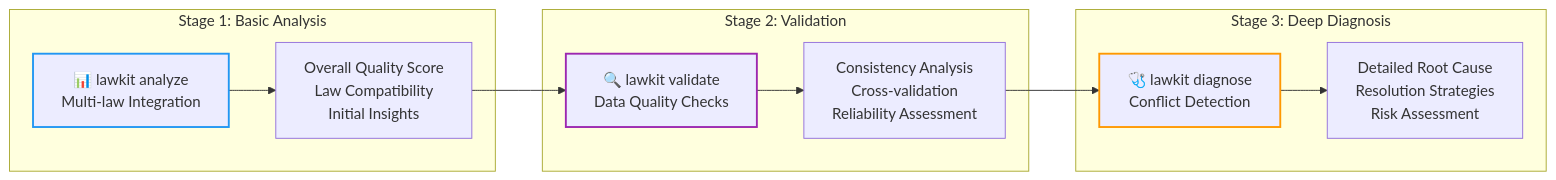
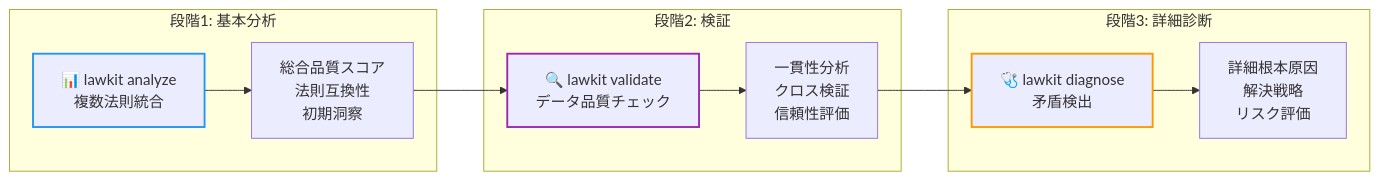
Before and after one commit to kako-jun/lawkit: the second of 3 diagrams in README.md, drawn with Mermaid. The commit also changed other lines of this file and 101 other files, not shown here.

````diff
--- a/README.md
+++ b/README.md
@@ -137,20 +137,20 @@
 ```mermaid
 graph LR
-    subgraph "Stage 1: Basic Analysis"
-        A[📊 lawkit analyze<br/>Multi-law Integration] --> A1[Overall Quality Score<br/>Law Compatibility<br/>Initial Insights]
+    subgraph "段階1: 基本分析"
+        A[📊 lawkit analyze<br/>複数法則統合] --> A1[総合品質スコア<br/>法則互換性<br/>初期洞察]
     end
     
-    subgraph "Stage 2: Validation"
-        A1 --> B[🔍 lawkit validate<br/>Data Quality Checks] 
-        B --> B1[Consistency Analysis<br/>Cross-validation<br/>Reliability Assessment]
+    subgraph "段階2: 検証"
+        A1 --> B[🔍 lawkit validate<br/>データ品質チェック] 
+        B --> B1[一貫性分析<br/>クロス検証<br/>信頼性評価]
     end
     
-    subgraph "Stage 3: Deep Diagnosis"
-        B1 --> C[🩺 lawkit diagnose<br/>Conflict Detection]
-        C --> C1[Detailed Root Cause<br/>Resolution Strategies<br/>Risk Assessment]
+    subgraph "段階3: 詳細診断"
+        B1 --> C[🩺 lawkit diagnose<br/>矛盾検出]
+        C --> C1[詳細根本原因<br/>解決戦略<br/>リスク評価]
     end
     
     style A stroke:#2196f3,stroke-width:2px
     style B stroke:#9c27b0,stroke-width:2px
     style C stroke:#ff9800,stroke-width:2px
 ```
````
